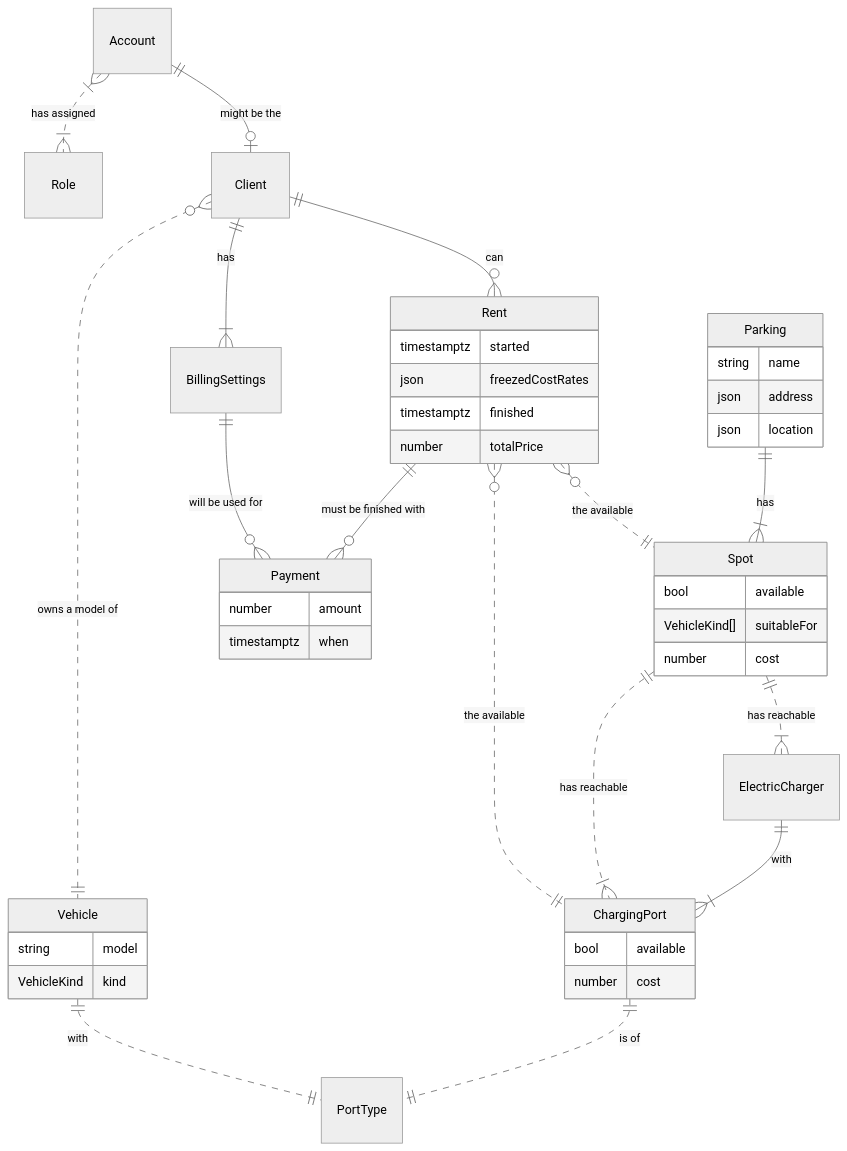
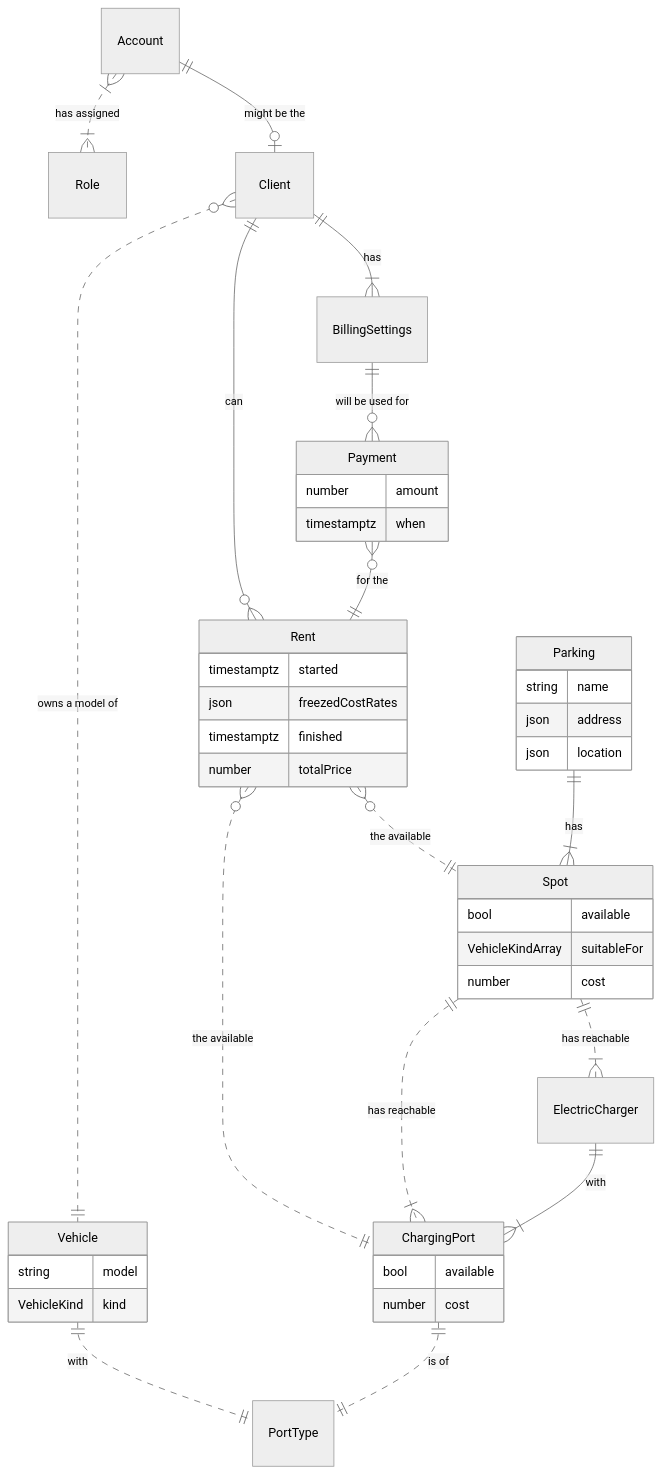
Before and after one commit to KLarpen/metatech-university-NodeJS2022-homework: the third of 3 diagrams in JavaScript/d-tasks2-messenger/README.md, drawn with Mermaid (neutral theme). The commit also changed other lines of this file and 1 other file, not shown here.

Commit message:
Fix Mermaid ERD syntax to conform with GitHub capabilities

````diff
--- a/JavaScript/d-tasks2-messenger/README.md
+++ b/JavaScript/d-tasks2-messenger/README.md
@@ -87,46 +84,49 @@
 ```mermaid
 erDiagram
   Account }|..|{ Role : "has assigned"
   Account ||--o| Client : "might be the"
   Client ||--|{ BillingSettings : has
   Client }o..|| Vehicle : "owns a model of"
   Vehicle ||..|| PortType : with
+
   Rent }o..|| Spot : "the available"
   Rent }o..|| ChargingPort : "the available"
   Client ||--o{ Rent : can
   BillingSettings ||--o{ Payment : "will be used for"
-  Rent ||--o{ Payment : "must be finished with"
+  Payment }o--|| Rent  : "for the"
+
   Parking ||--|{ Spot : has
   Spot ||..|{ ElectricCharger : "has reachable"
   Spot ||..|{ ChargingPort : "has reachable"
   ElectricCharger ||--|{ ChargingPort : with
   ChargingPort ||..|| PortType : "is of"
+
   Vehicle {
     string model
     VehicleKind kind
   }
   Parking {
     string name
     json address
     json location
   }
   Spot {
     bool available
-    VehicleKind[] suitableFor
+    VehicleKindArray suitableFor
     number cost
   }
   ChargingPort {
     bool available
     number cost
   }
   Rent {
     timestamptz started
     json freezedCostRates
     timestamptz finished
     number totalPrice
   }
   Payment {
     number amount
     timestamptz when
   }
 ```
````
